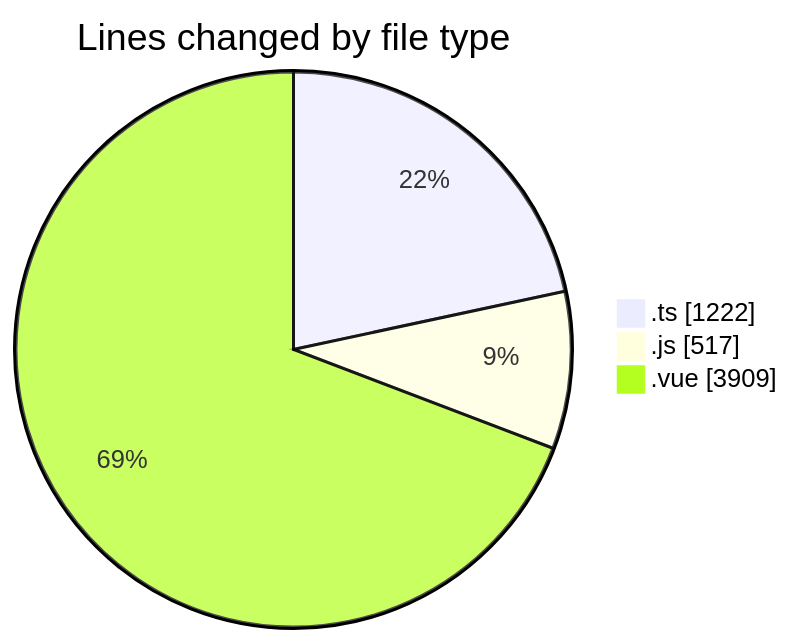
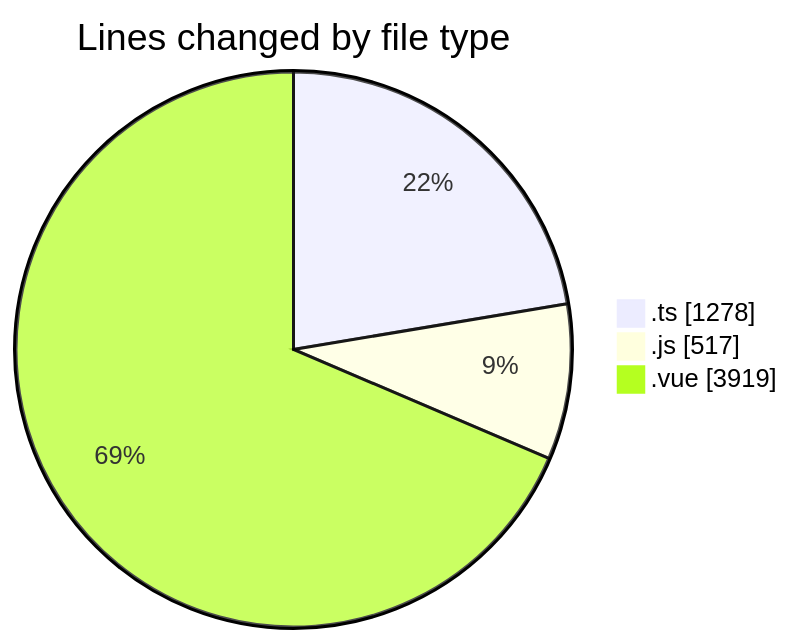
One commit to lephambinh05/code-tracking changed the first of 2 diagrams in 2025-08-16/rentotp/README.md. Above: the diagram before and after it, drawn with Mermaid. The commit also changed other lines of this file and 1 other file, not shown here.

````diff
--- a/2025-08-16/rentotp/README.md
+++ b/2025-08-16/rentotp/README.md
@@ -36,7 +36,7 @@
 ```mermaid
 pie showData
 title Lines changed by file type
-".ts" : 1222
+".ts" : 1278
 ".js" : 517
-".vue" : 3909
+".vue" : 3919
 ```
````
